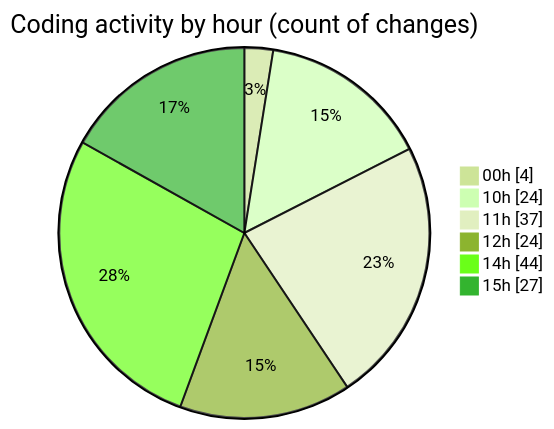
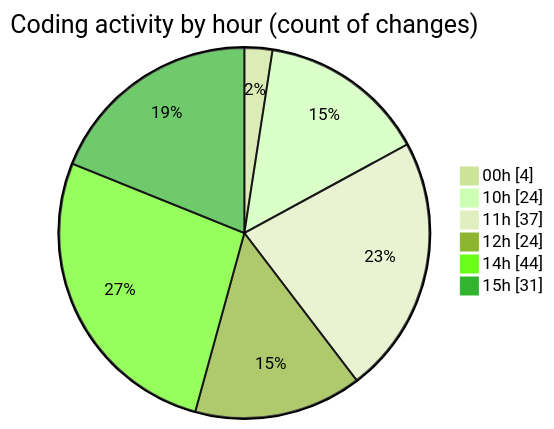
The second of 2 diagrams in 2025-04-04/back-end/README.md (Netris89/code-tracking), drawn with Mermaid (forest theme) before and after one commit. The commit also changed other lines of this file and 1 other file, not shown here.

````diff
--- a/2025-04-04/back-end/README.md
+++ b/2025-04-04/back-end/README.md
@@ -47,10 +47,10 @@
 ```mermaid
 pie showData
 title Coding activity by hour (count of changes)
 "00h" : 4
 "10h" : 24
 "11h" : 37
 "12h" : 24
 "14h" : 44
-"15h" : 27
+"15h" : 31
 ```
````
